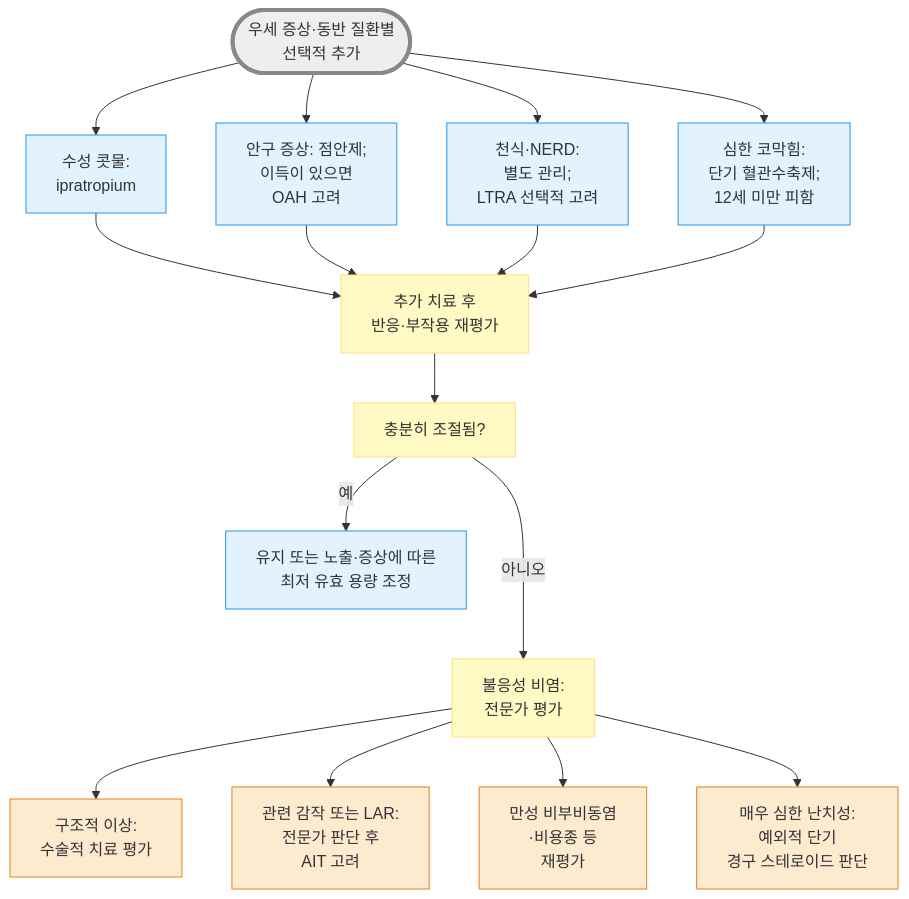
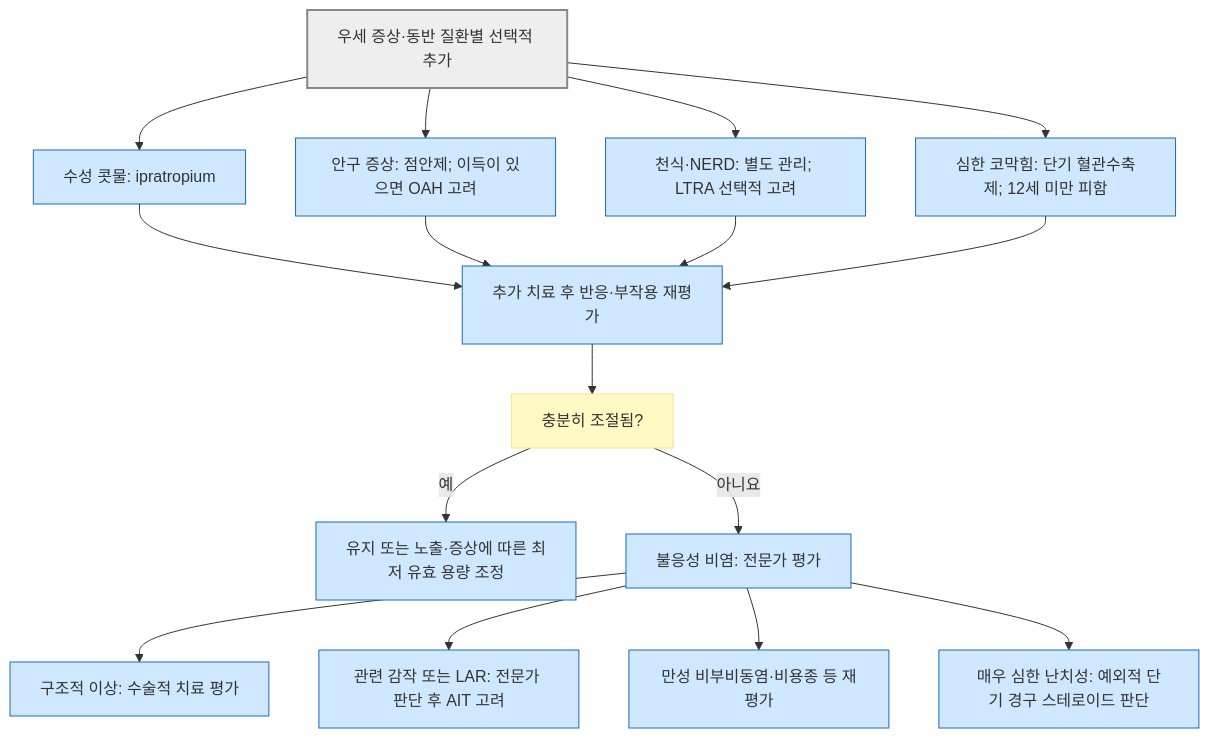
One commit to familyoh77/familyoh77 changed the second of 2 diagrams in 222_/051_-allergic-rhinitis.md. Above: the diagram before and after it, drawn with Mermaid. The commit also changed other lines of this file and 13 other files, not shown here.

````diff
--- a/222_/051_-allergic-rhinitis.md
+++ b/222_/051_-allergic-rhinitis.md
@@ -276,30 +275,27 @@
 ```mermaid
-graph TD
+flowchart TD
 
-Symptoms(["우세 증상·동반 질환별 <br/>선택적 추가"])
-Symptoms --> Tx1["수성 콧물: <br/>ipratropium"]
-Symptoms --> Tx2["안구 증상: 점안제; <br/>이득이 있으면 <br/>OAH 고려"]
-Symptoms --> Tx3["천식·NERD: <br/>별도 관리; <br/>LTRA 선택적 고려"]
-Symptoms --> Tx4["심한 코막힘: <br/>단기 혈관수축제; <br/>12세 미만 피함"]
-Tx1 --> Reassess["추가 치료 후 <br/>반응·부작용 재평가"]
+Symptoms["우세 증상·동반 질환별 선택적 추가"]
+Symptoms --> Tx1["수성 콧물: ipratropium"]
+Symptoms --> Tx2["안구 증상: 점안제; 이득이 있으면 OAH 고려"]
+Symptoms --> Tx3["천식·NERD: 별도 관리; LTRA 선택적 고려"]
+Symptoms --> Tx4["심한 코막힘: 단기 혈관수축제; 12세 미만 피함"]
+Tx1 --> Reassess["추가 치료 후 반응·부작용 재평가"]
 Tx2 --> Reassess
 Tx3 --> Reassess
 Tx4 --> Reassess
 Reassess --> Control3["충분히 조절됨?"]
-Control3 -->|예| Maintain["유지 또는 노출·증상에 따른 <br/>최저 유효 용량 조정"]
-Control3 --->|아니오| Fail3["불응성 비염: <br/>전문가 평가"]
-Fail3 --> Cause1["구조적 이상: <br/>수술적 치료 평가"]
-Fail3 --> Cause2["관련 감작 또는 LAR: <br/>전문가 판단 후 <br/>AIT 고려"]
-Fail3 --> Cause3["만성 비부비동염<br/>·비용종 등 <br/>재평가"]
-Fail3 --> Rescue["매우 심한 난치성: <br/>예외적 단기 <br/>경구 스테로이드 판단"]
-
-style Symptoms fill:#eeeeee,stroke:#888888,stroke-width:4px
-classDef yellow fill:#fff9c4,stroke:#ffe082
-class Control3,Reassess,Fail3 yellow
-classDef sky fill:#e3f2ff,stroke:#2196f3
-class Tx1,Tx2,Tx3,Tx4,Maintain sky
-classDef orange fill:#fdebd0,stroke:#e67e22
-class Cause1,Cause2,Cause3,Rescue orange
-
-
+Control3 -- "예" --> Maintain["유지 또는 노출·증상에 따른 최저 유효 용량 조정"]
+Control3 -- "아니요" --> Fail3["불응성 비염: 전문가 평가"]
+Fail3 --> Cause1["구조적 이상: 수술적 치료 평가"]
+Fail3 --> Cause2["관련 감작 또는 LAR: 전문가 판단 후 AIT 고려"]
+Fail3 --> Cause3["만성 비부비동염·비용종 등 재평가"]
+Fail3 --> Rescue["매우 심한 난치성: 예외적 단기 경구 스테로이드 판단"]
+    classDef start fill:#eeeeee,stroke:#888888,stroke-width:2px
+    classDef question fill:#fff9c4,stroke:#ffe082
+    classDef emergency fill:#ff6b6b,stroke:#c0392b,color:#ffffff
+    classDef action fill:#d0e8ff,stroke:#1a6abf
+    class Symptoms start
+    class Control3 question
+    class Tx1,Tx2,Tx3,Tx4,Reassess,Maintain,Fail3,Cause1,Cause2,Cause3,Rescue action
 ```
````
